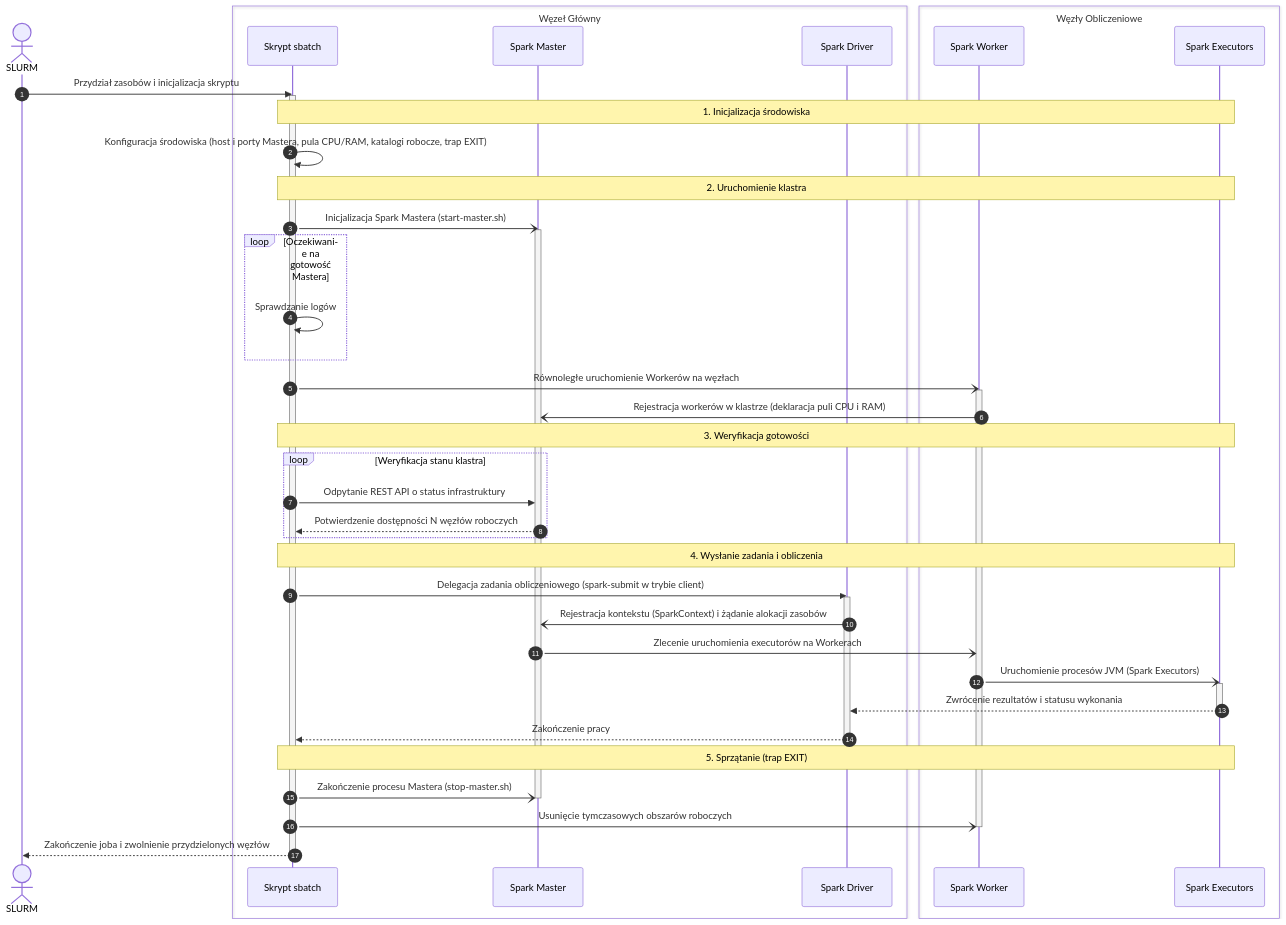
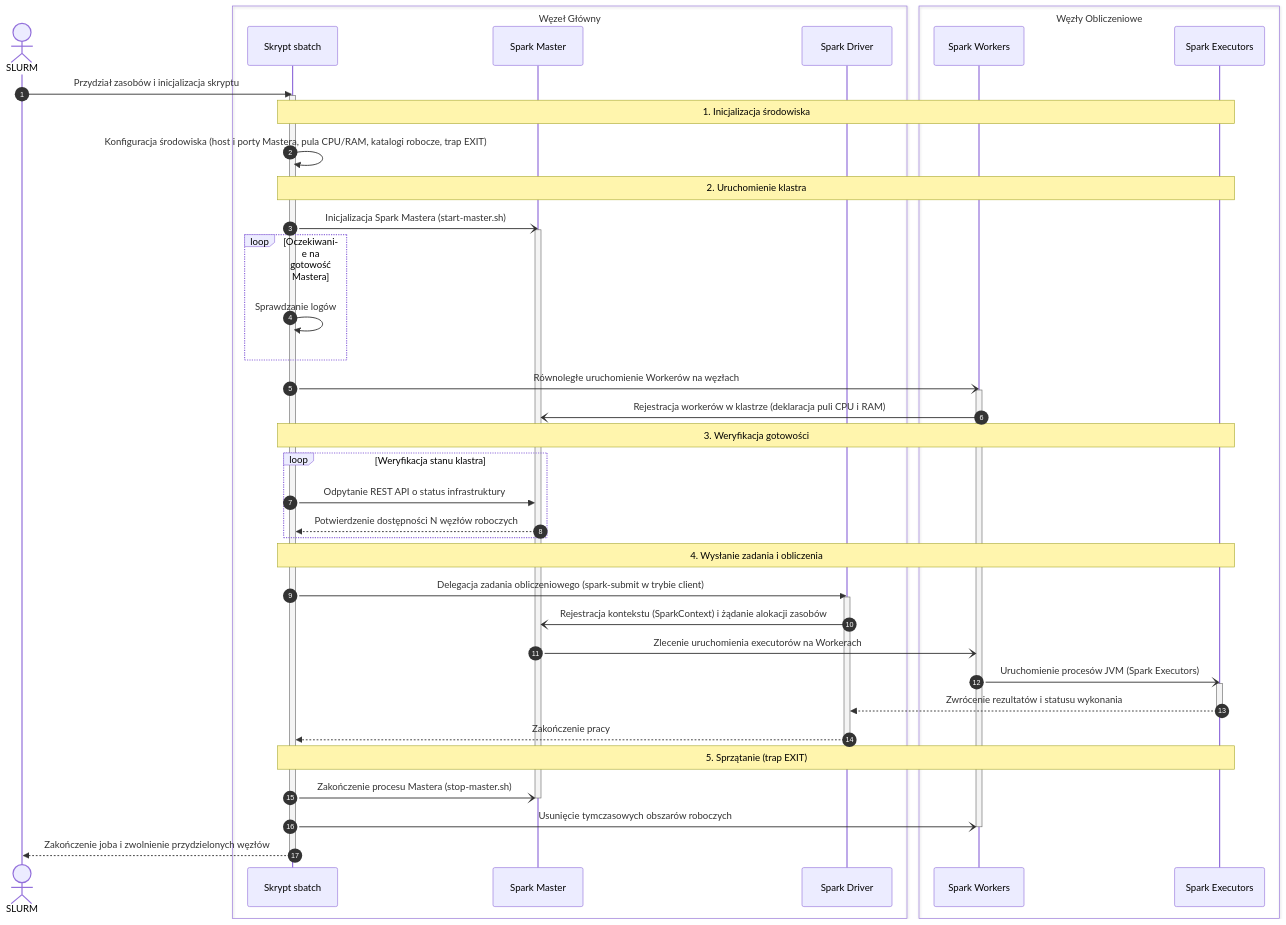
One commit to natix-x/clustering-algorithms-benchmark changed the third of 4 diagrams in README.md. Above: the diagram before and after it, drawn with Mermaid. The commit also changed other lines of this file and 3 other files, not shown here.

````diff
--- a/README.md
+++ b/README.md
@@ -165,57 +166,57 @@
 ```mermaid
 sequenceDiagram
   autonumber
   actor SLURM as SLURM
 
   box Węzeł Główny 
     participant Script as Skrypt sbatch
     participant Master as Spark Master
     participant App as Spark Driver
   end
 
   box Węzły Obliczeniowe 
-    participant Workers as Spark Worker
+    participant Workers as Spark Workers
     participant Executors as Spark Executors
   end
 
   SLURM->>Script: Przydział zasobów i inicjalizacja skryptu
   activate Script
   Note over Script,Executors: 1. Inicjalizacja środowiska
   Script->>Script: Konfiguracja środowiska (host i porty Mastera, pula CPU/RAM, katalogi robocze, trap EXIT)
 
   Note over Script,Executors: 2. Uruchomienie klastra
   Script-)Master: Inicjalizacja Spark Mastera (start-master.sh)
   activate Master
   loop Oczekiwanie na gotowość Mastera
     Script->>Script: Sprawdzanie logów 
   end
   Script-)Workers: Równoległe uruchomienie Workerów na węzłach
   activate Workers
   Workers-)Master: Rejestracja workerów w klastrze (deklaracja puli CPU i RAM)
 
   Note over Script,Executors: 3. Weryfikacja gotowości
   loop Weryfikacja stanu klastra
     Script->>Master: Odpytanie REST API o status infrastruktury
     Master-->>Script: Potwierdzenie dostępności N węzłów roboczych
   end
 
   Note over Script,Executors: 4. Wysłanie zadania i obliczenia
   Script->>App: Delegacja zadania obliczeniowego (spark-submit w trybie client)
   activate App
   App-)Master: Rejestracja kontekstu (SparkContext) i żądanie alokacji zasobów
   Master-)Workers: Zlecenie uruchomienia executorów na Workerach
   Workers-)Executors: Uruchomienie procesów JVM (Spark Executors)
   activate Executors
   Executors-->>App: Zwrócenie rezultatów i statusu wykonania
   deactivate Executors
   App-->>Script: Zakończenie pracy
   deactivate App
 
   Note over Script,Executors: 5. Sprzątanie (trap EXIT)
   Script-)Master: Zakończenie procesu Mastera (stop-master.sh)
   deactivate Master
   Script-)Workers: Usunięcie tymczasowych obszarów roboczych
   deactivate Workers
   Script-->>SLURM: Zakończenie joba i zwolnienie przydzielonych węzłów
   deactivate Script
 ```
````
